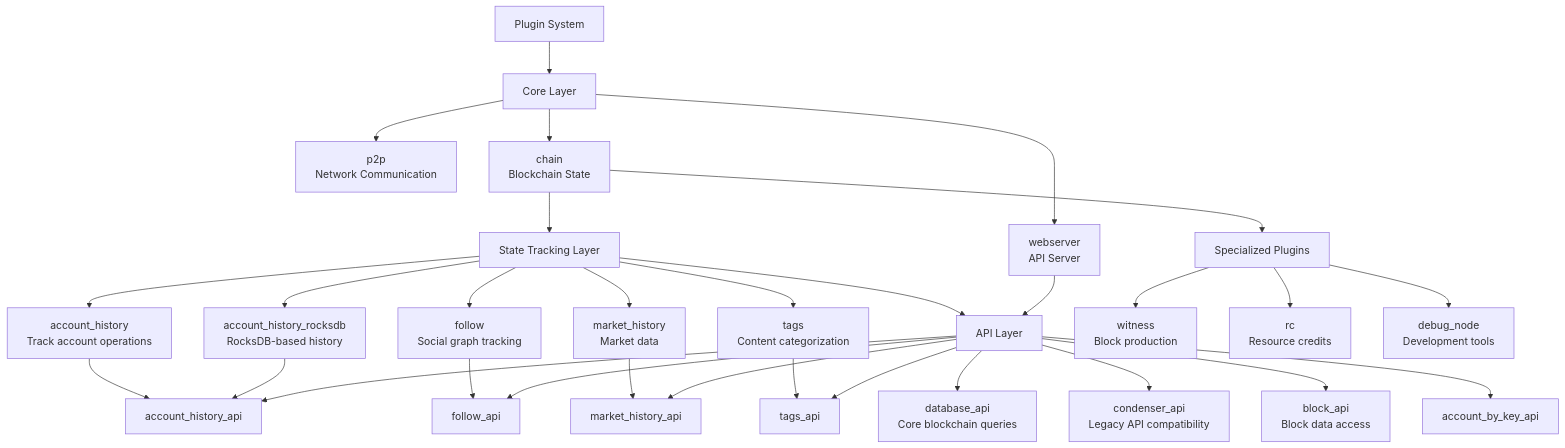
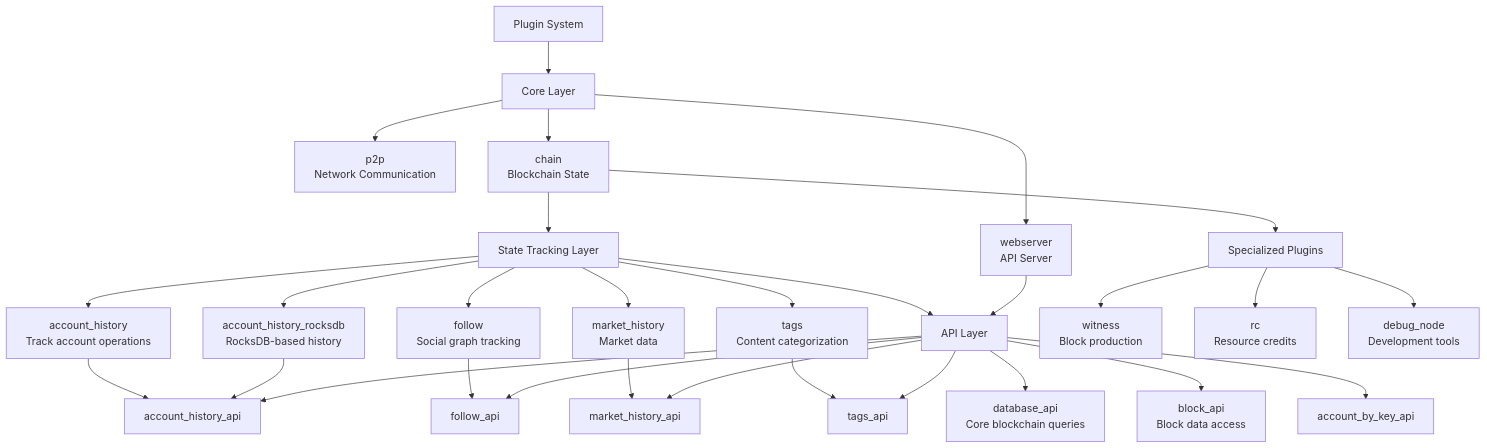
The seventh of 17 diagrams in docs/technical-reference/ko/system-architecture.md (hanyeol/steem), drawn with Mermaid before and after one commit. The commit also changed other lines of this file and 34 other files, not shown here.

````diff
--- a/docs/technical-reference/ko/system-architecture.md
+++ b/docs/technical-reference/ko/system-architecture.md
@@ -302,43 +302,42 @@
 ```mermaid
 flowchart TD
     START[Plugin System]
 
     START --> CORE_LAYER[Core Layer]
 
     CORE_LAYER --> P2P[p2p<br/>Network Communication]
     CORE_LAYER --> CHAIN[chain<br/>Blockchain State]
     CORE_LAYER --> WEB[webserver<br/>API Server]
 
     CHAIN --> STATE_LAYER[State Tracking Layer]
 
     STATE_LAYER --> AH[account_history<br/>Track account operations]
     STATE_LAYER --> AHDB[account_history_rocksdb<br/>RocksDB-based history]
     STATE_LAYER --> FOLLOW[follow<br/>Social graph tracking]
     STATE_LAYER --> MARKET[market_history<br/>Market data]
     STATE_LAYER --> TAGS[tags<br/>Content categorization]
 
     STATE_LAYER --> API_LAYER[API Layer]
     WEB --> API_LAYER
 
     API_LAYER --> DBA[database_api<br/>Core blockchain queries]
-    API_LAYER --> CA[condenser_api<br/>Legacy API compatibility]
     API_LAYER --> BA[block_api<br/>Block data access]
 
     AH --> AHA[account_history_api]
     AHDB --> AHA
     FOLLOW --> FA[follow_api]
     MARKET --> MA[market_history_api]
     TAGS --> TA[tags_api]
 
     API_LAYER --> AHA
     API_LAYER --> FA
     API_LAYER --> MA
     API_LAYER --> TA
     API_LAYER --> ABK[account_by_key_api]
 
     CHAIN --> SPECIAL_LAYER[Specialized Plugins]
 
     SPECIAL_LAYER --> WIT[witness<br/>Block production]
     SPECIAL_LAYER --> RC[rc<br/>Resource credits]
     SPECIAL_LAYER --> DBGNODE[debug_node<br/>Development tools]
 ```
````
